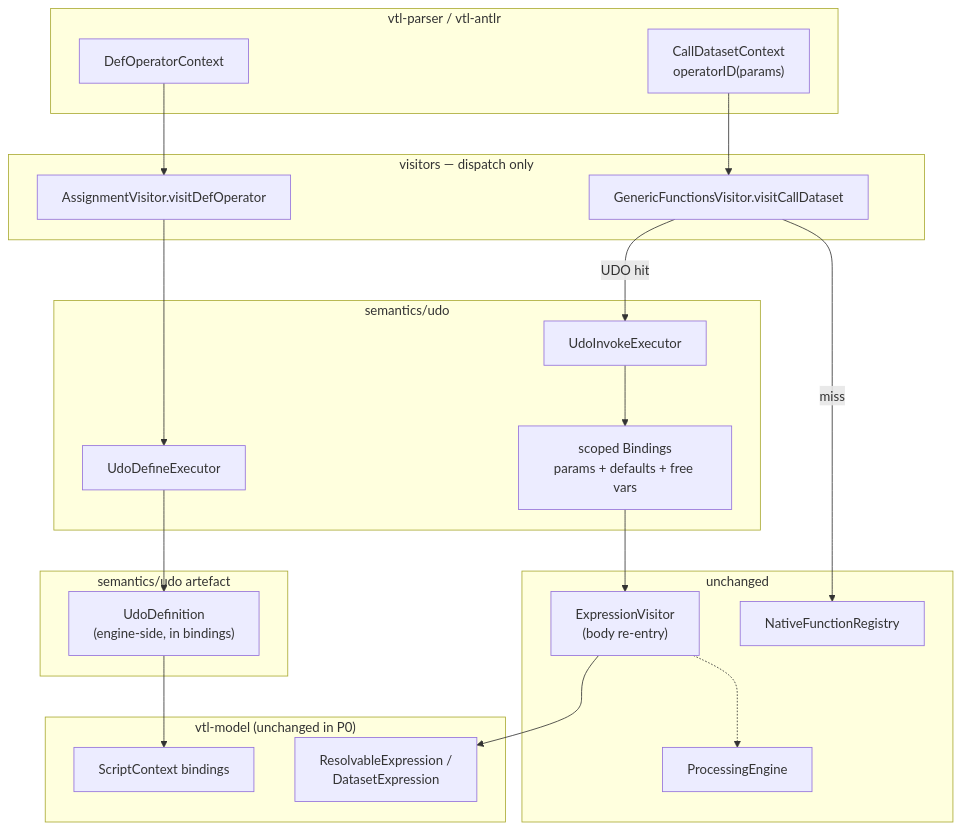
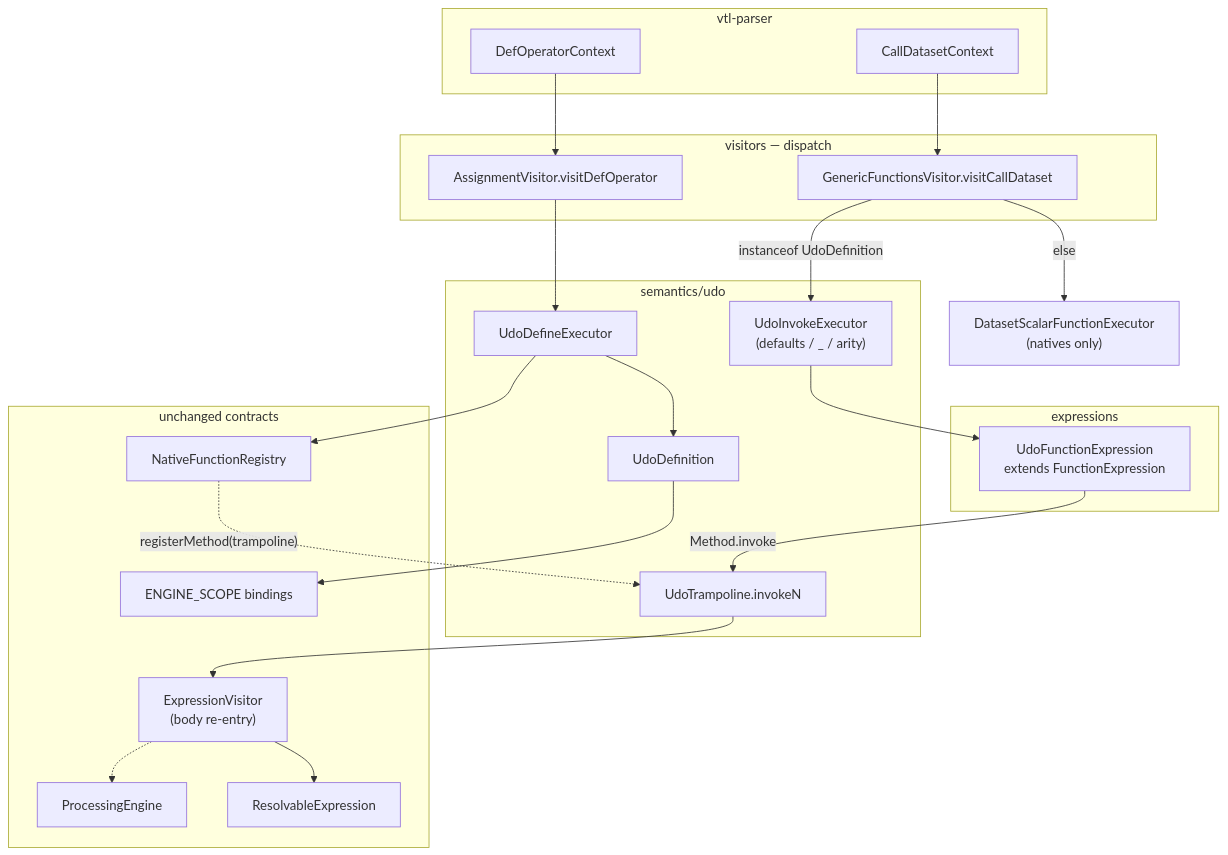
Before and after one commit to InseeFr/Trevas: the diagram in vtl-engine/specs/udo/01-architecture.md, drawn with Mermaid. The commit also changed other lines of this file and 11 other files, not shown here.

````diff
--- a/vtl-engine/specs/udo/01-architecture.md
+++ b/vtl-engine/specs/udo/01-architecture.md
@@ -9,40 +9,44 @@
 ```mermaid
 flowchart TB
-  subgraph parse["vtl-parser / vtl-antlr"]
+  subgraph parse["vtl-parser"]
     DEF["DefOperatorContext"]
-    CALL["CallDatasetContext\noperatorID(params)"]
+    CALL["CallDatasetContext"]
   end
 
-  subgraph visitors["visitors — dispatch only"]
+  subgraph visitors["visitors — dispatch"]
     AV["AssignmentVisitor.visitDefOperator"]
     GFV["GenericFunctionsVisitor.visitCallDataset"]
   end
 
   subgraph semantics["semantics/udo"]
     DEFEX["UdoDefineExecutor"]
-    INVEX["UdoInvokeExecutor"]
-    SCOPE["scoped Bindings\nparams + defaults + free vars"]
+    INVEX["UdoInvokeExecutor\n(defaults / _ / arity)"]
+    TRAMP["UdoTrampoline.invokeN"]
+    UDO["UdoDefinition"]
   end
 
-  subgraph semantics_art["semantics/udo artefact"]
-    UDO["UdoDefinition\n(engine-side, in bindings)"]
+  subgraph expr["expressions"]
+    UFE["UdoFunctionExpression\nextends FunctionExpression"]
   end
 
-  subgraph model["vtl-model (unchanged in P0)"]
-    RE["ResolvableExpression /\nDatasetExpression"]
-    BIND["ScriptContext bindings"]
+  subgraph model["unchanged contracts"]
+    BIND["ENGINE_SCOPE bindings"]
+    REG["NativeFunctionRegistry"]
+    EV["ExpressionVisitor\n(body re-entry)"]
+    PE["ProcessingEngine"]
+    RE["ResolvableExpression"]
   end
 
-  subgraph existing["unchanged"]
-    EV["ExpressionVisitor\n(body re-entry)"]
-    PE["ProcessingEngine"]
-    NAT["NativeFunctionRegistry"]
-  end
+  DEF --> AV --> DEFEX --> UDO
+  UDO --> BIND
+  DEFEX --> REG
+  REG -.->|"registerMethod(trampoline)"| TRAMP
 
-  DEF --> AV --> DEFEX --> UDO --> BIND
   CALL --> GFV
-  GFV -->|"UDO hit"| INVEX
-  GFV -->|"miss"| NAT
-  INVEX --> SCOPE --> EV --> RE
+  GFV -->|"instanceof UdoDefinition"| INVEX
+  GFV -->|"else"| NAT["DatasetScalarFunctionExecutor\n(natives only)"]
+  INVEX --> UFE
+  UFE -->|"Method.invoke"| TRAMP
+  TRAMP --> EV --> RE
   EV -.-> PE
 ```
````
